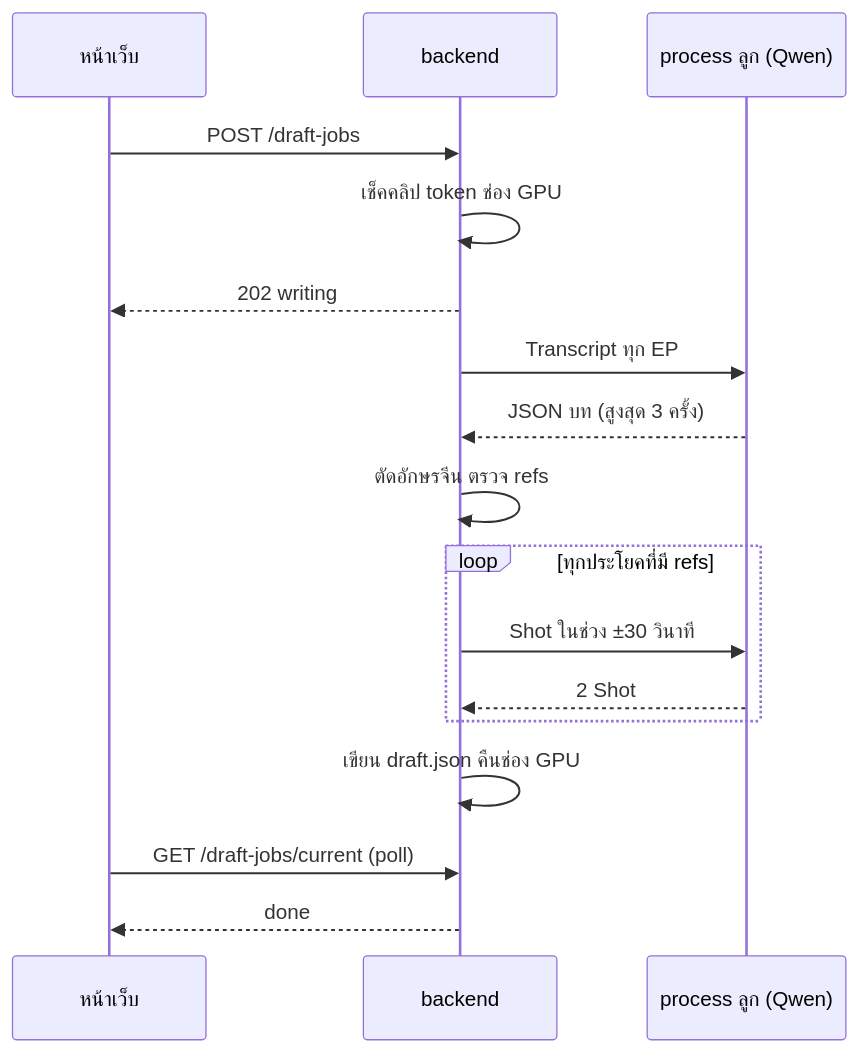
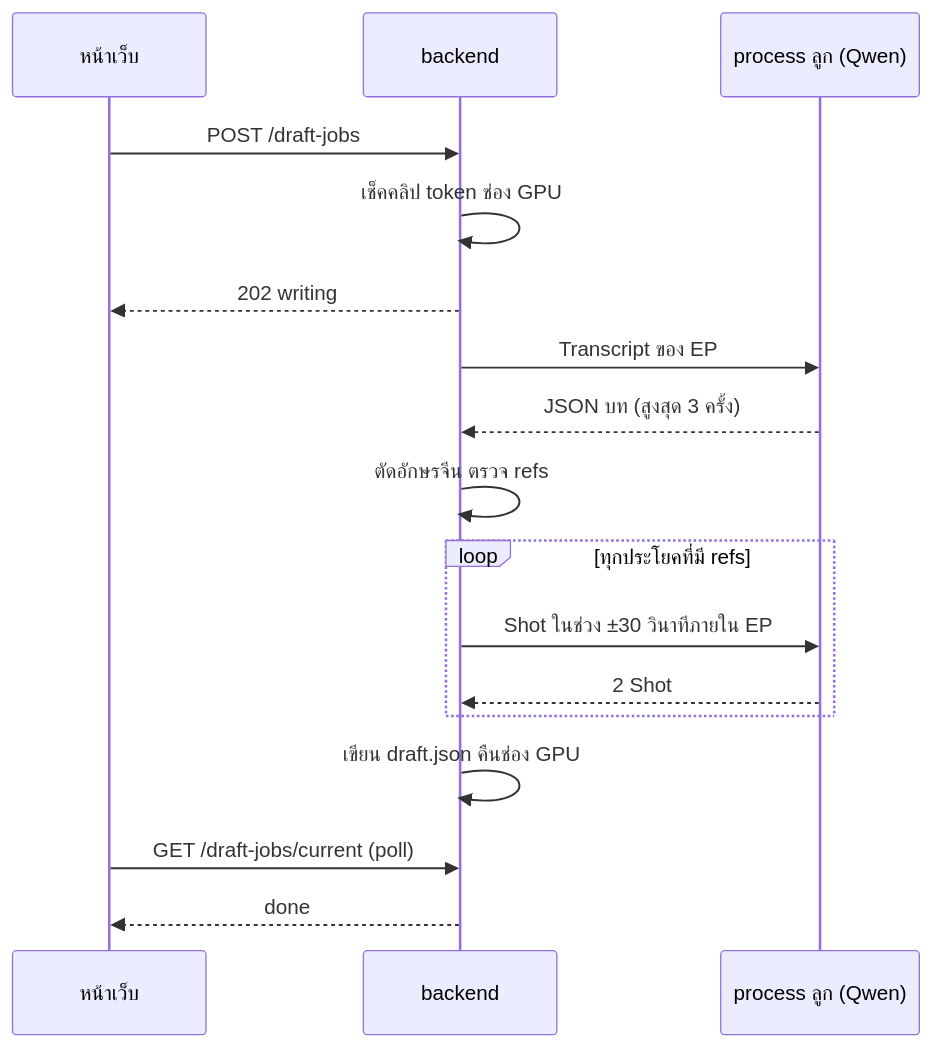
The second of 5 diagrams in docs/features/spoil-maker/flow.md (mousemouse094526/framecraft), drawn with Mermaid before and after one commit. The commit also changed other lines of this file and 9 other files, not shown here.

````diff
--- a/docs/features/spoil-maker/flow.md
+++ b/docs/features/spoil-maker/flow.md
@@ -49,19 +50,19 @@
 ```mermaid
 sequenceDiagram
     participant UI as หน้าเว็บ
     participant API as backend
     participant W as process ลูก (Qwen)
     UI->>API: POST /draft-jobs
     API->>API: เช็คคลิป token ช่อง GPU
     API-->>UI: 202 writing
-    API->>W: Transcript ทุก EP
+    API->>W: Transcript ของ EP
     W-->>API: JSON บท (สูงสุด 3 ครั้ง)
     API->>API: ตัดอักษรจีน ตรวจ refs
     loop ทุกประโยคที่มี refs
-        API->>W: Shot ในช่วง ±30 วินาที
+        API->>W: Shot ในช่วง ±30 วินาทีภายใน EP
         W-->>API: 2 Shot
     end
     API->>API: เขียน draft.json คืนช่อง GPU
     UI->>API: GET /draft-jobs/current (poll)
     API-->>UI: done
 ```
````
